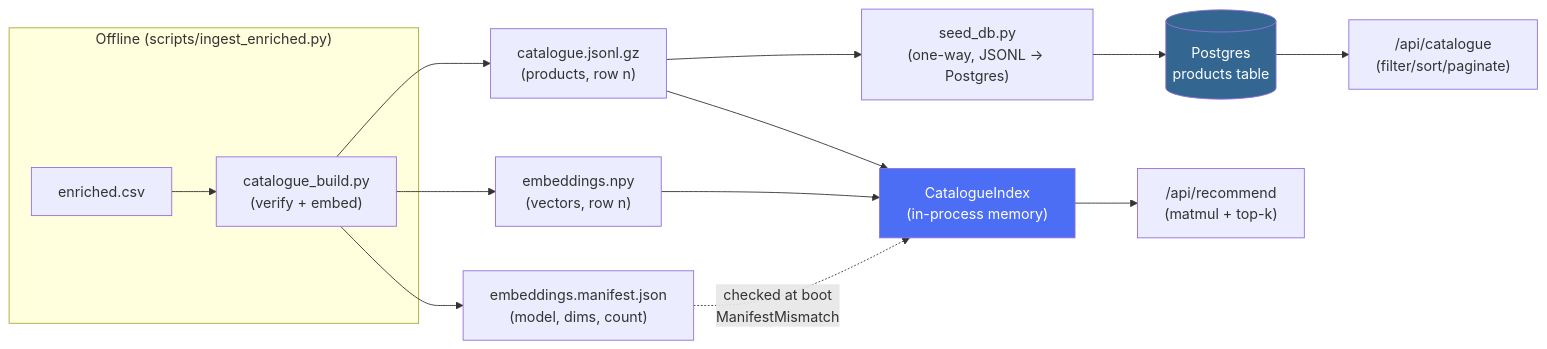
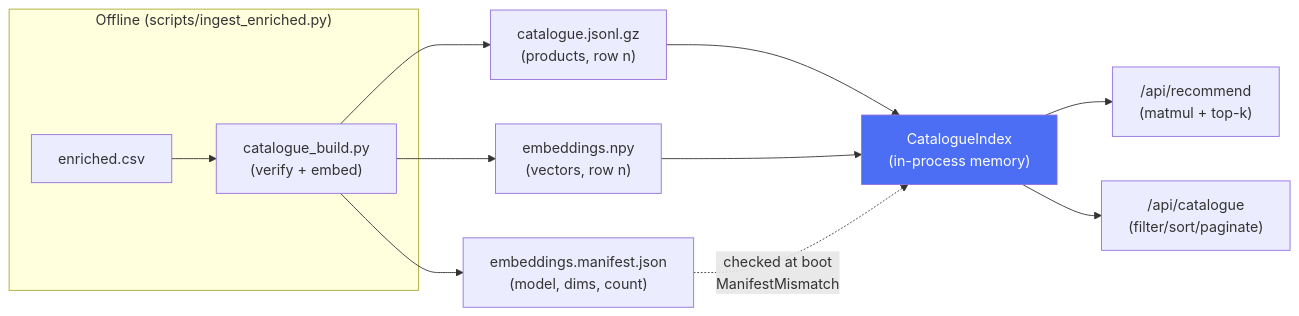
The diagram in ARCHITECTURE.md (soumya0343/curate), drawn with Mermaid before and after one commit. The commit also changed other lines of this file and 15 other files, not shown here.

````diff
--- a/ARCHITECTURE.md
+++ b/ARCHITECTURE.md
@@ -301,23 +312,19 @@
 ```mermaid
 flowchart LR
     subgraph offline["Offline (scripts/ingest_enriched.py)"]
         CSV["enriched.csv"] --> BUILD["catalogue_build.py\n(verify + embed)"]
     end
 
     BUILD --> JSONL["catalogue.jsonl.gz\n(products, row n)"]
     BUILD --> NPY["embeddings.npy\n(vectors, row n)"]
     BUILD --> MANIFEST["embeddings.manifest.json\n(model, dims, count)"]
 
-    JSONL --> SEED["seed_db.py\n(one-way, JSONL → Postgres)"]
-    SEED --> PG[("Postgres\nproducts table")]
-
     JSONL --> INDEX["CatalogueIndex\n(in-process memory)"]
     NPY --> INDEX
     MANIFEST -. "checked at boot\nManifestMismatch" .-> INDEX
 
     INDEX --> RECOMMEND["/api/recommend\n(matmul + top-k)"]
-    PG --> BROWSE["/api/catalogue\n(filter/sort/paginate)"]
+    INDEX --> BROWSE["/api/catalogue\n(filter/sort/paginate)"]
 
-    style PG fill:#336791,color:#fff
     style INDEX fill:#4c6ef5,color:#fff
 ```
````
